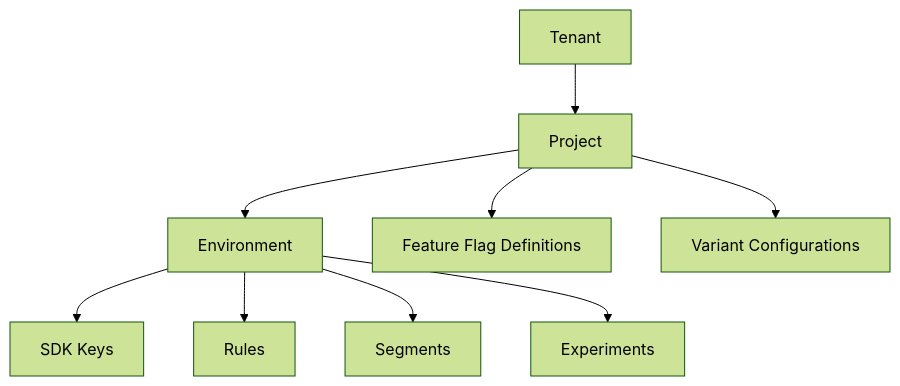
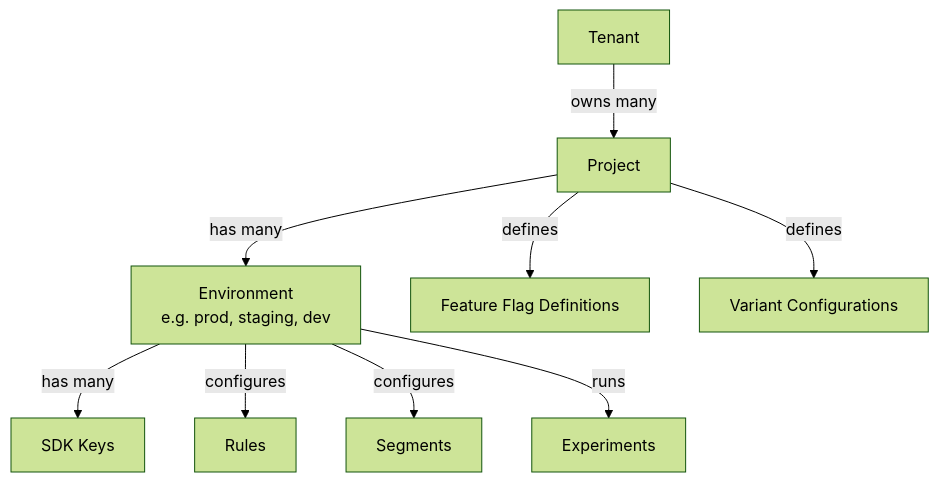
The diagram in docs/src/architecture/multi-tenancy.md (stitchd-dev/feature-flag), drawn with Mermaid (forest theme) before and after one commit. The commit also changed other lines of this file and 13 other files, not shown here.

First line of the commit message:
docs(deployment,architecture,ci): write Phase 5 chapters and add docs-build CI job

````diff
--- a/docs/src/architecture/multi-tenancy.md
+++ b/docs/src/architecture/multi-tenancy.md
@@ -3,11 +7,11 @@
 ```mermaid
 graph TD
-    T[Tenant] --> P[Project]
-    P --> E[Environment]
-    E --> SDK[SDK Keys]
-    P --> FF[Feature Flag Definitions]
-    P --> V[Variant Configurations]
-    E --> R[Rules]
-    E --> S[Segments]
-    E --> EX[Experiments]
+    T[Tenant] -->|owns many| P[Project]
+    P -->|has many| E[Environment\ne.g. prod, staging, dev]
+    E -->|has many| SDK[SDK Keys]
+    P -->|defines| FF[Feature Flag Definitions]
+    P -->|defines| V[Variant Configurations]
+    E -->|configures| R[Rules]
+    E -->|configures| S[Segments]
+    E -->|runs| EX[Experiments]
 ```
````
